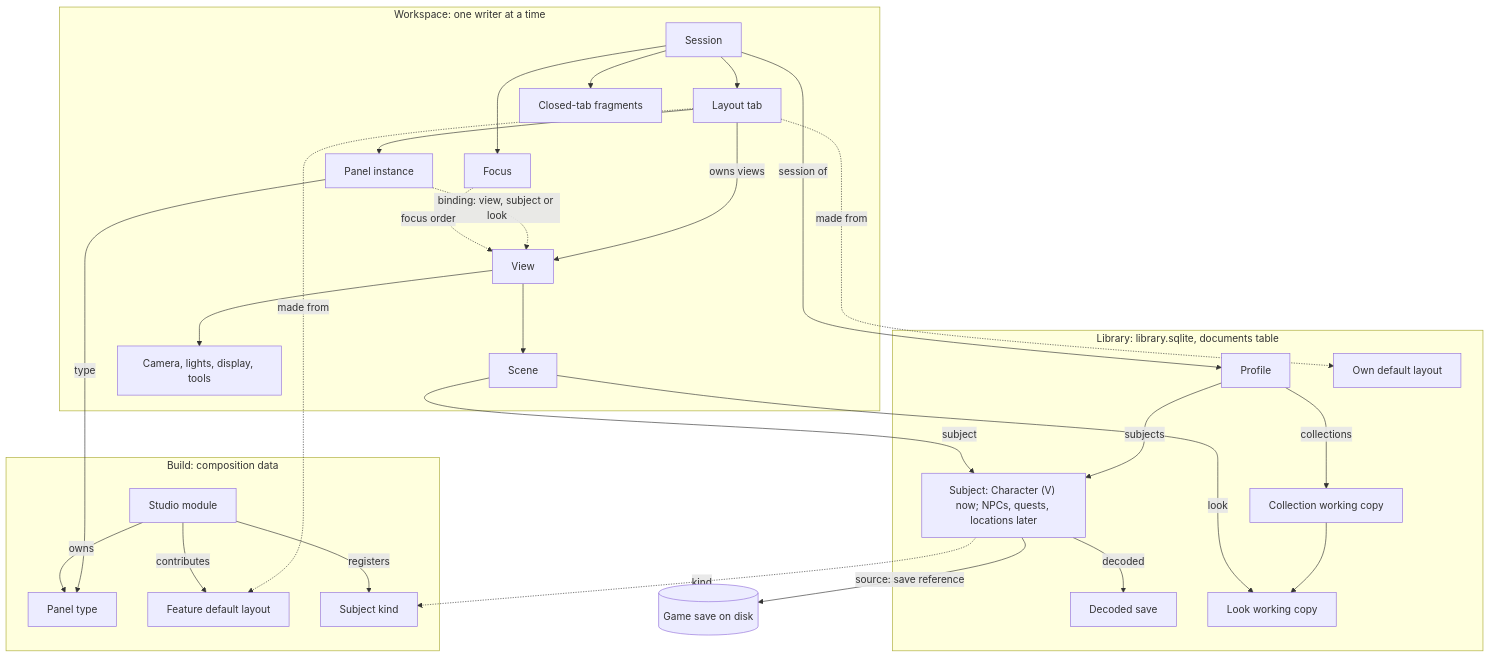
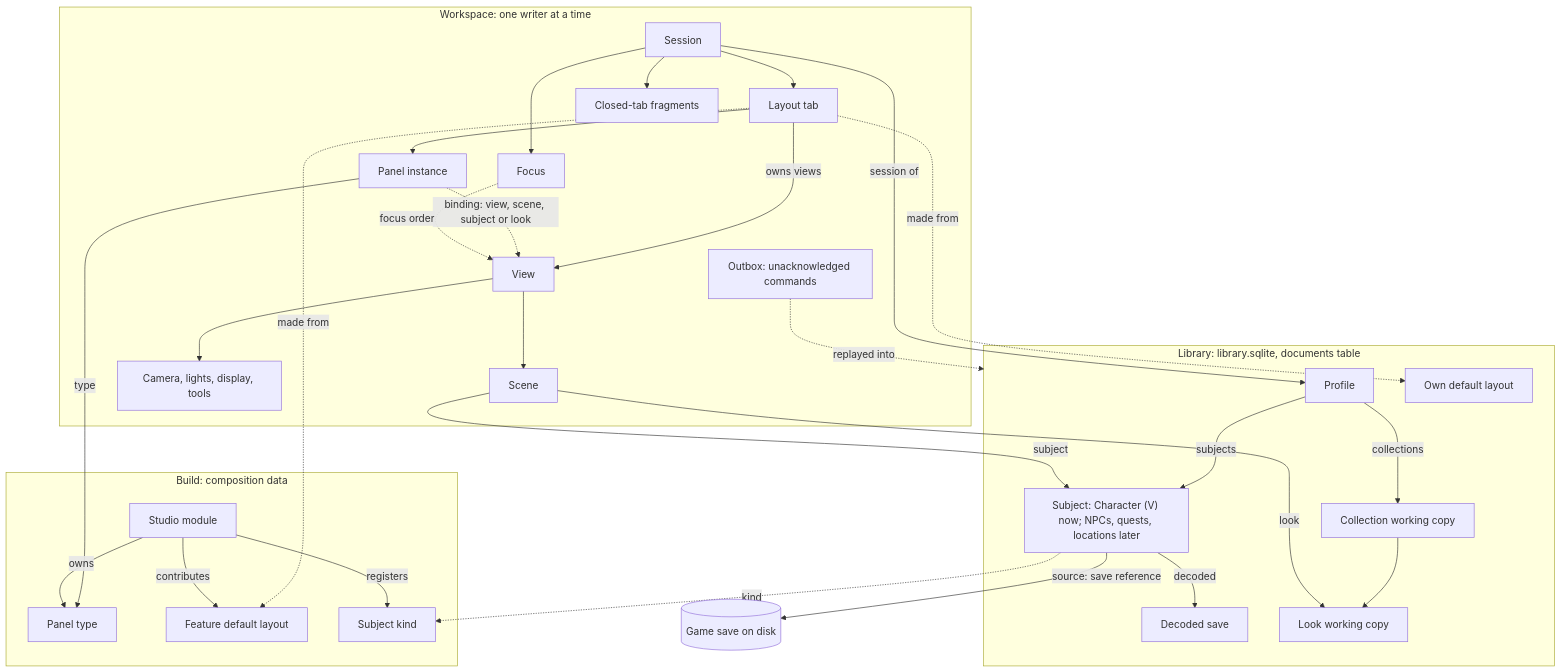
Before and after one commit to axefrog/xf-studio: the diagram in research/authoring/profiles-views-layouts-design.md, drawn with Mermaid. The commit also changed other lines of this file and 1 other file, not shown here.

````diff
--- a/research/authoring/profiles-views-layouts-design.md
+++ b/research/authoring/profiles-views-layouts-design.md
@@ -82,52 +92,54 @@
 ```mermaid
 flowchart TB
   subgraph LIB["Library: library.sqlite, documents table"]
     P[Profile]
     SUB["Subject: Character (V) now; NPCs, quests, locations later"]
     SV[Decoded save]
     COL["Collection working copy"]
     LK["Look working copy"]
     UD["Own default layout"]
   end
   subgraph WS["Workspace: one writer at a time"]
+    OB["Outbox: unacknowledged commands"]
     S[Session]
     T[Layout tab]
     CF["Closed-tab fragments"]
     PI[Panel instance]
     F[Focus]
     V[View]
     SC[Scene]
     N["Camera, lights, display, tools"]
   end
   subgraph CODE["Build: composition data"]
     M[Studio module]
     PT[Panel type]
     FD["Feature default layout"]
     SK[Subject kind]
   end
   GS[("Game save on disk")]
   P -->|subjects| SUB
   P -->|collections| COL
   COL --> LK
   SUB -->|"source: save reference"| GS
   SUB -->|decoded| SV
   SUB -.->|kind| SK
+  OB -.->|"replayed into"| LIB
   S -->|"session of"| P
   S --> T
   S --> CF
   S --> F
   T --> PI
   T -->|"owns views"| V
   T -.->|"made from"| FD
   T -.->|"made from"| UD
   PI -->|type| PT
-  PI -.->|"binding: view, subject or look"| V
+  PI -.->|"binding: view, scene, subject or look"| V
   F -.->|"focus order"| V
   V --> SC
   V --> N
   SC -->|subject| SUB
   SC -->|look| LK
   M -->|owns| PT
   M -->|contributes| FD
   M -->|registers| SK
 ```
````
